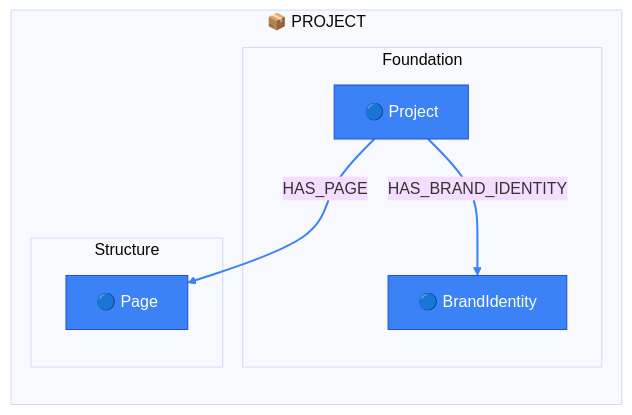
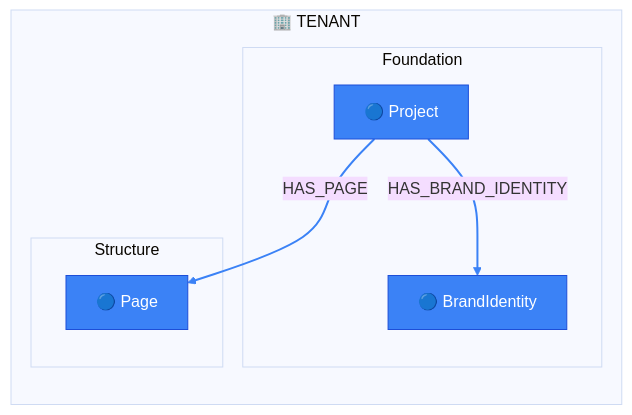
One commit to supernovae-st/novanet changed the diagram in packages/core/models/docs/project-overview.md. Above: the diagram before and after it, drawn with Mermaid (base theme). The commit also changed other lines of this file and 20 other files, not shown here.

````diff
--- a/packages/core/models/docs/project-overview.md
+++ b/packages/core/models/docs/project-overview.md
@@ -21,35 +21,35 @@
 ```mermaid
 flowchart TB
   %% View: Project Overview (project-overview)
   %% 3 nodes, 2 arcs
 
   %% Trait styling (node_trait)
   classDef invariant fill:#3b82f6,stroke:#1d4ed8,color:#fff
   classDef localized fill:#22c55e,stroke:#16a34a,color:#fff
   classDef knowledge fill:#8b5cf6,stroke:#7c3aed,color:#fff
   classDef derived fill:#9ca3af,stroke:#6b7280,color:#fff
   classDef job fill:#6b7280,stroke:#4b5563,color:#fff
 
-  subgraph PROJECT_REALM["📦 PROJECT"]
+  subgraph TENANT_REALM["🏢 TENANT"]
     direction TB
-    subgraph PROJECT_foundation["Foundation"]
+    subgraph TENANT_foundation["Foundation"]
       BrandIdentity["🔵 BrandIdentity"]
       Project["🔵 Project"]
     end
-    subgraph PROJECT_structure["Structure"]
+    subgraph TENANT_structure["Structure"]
       Page["🔵 Page"]
     end
   end
 
   %% Relationships (styled by arc family)
   Project -->|HAS_BRAND_IDENTITY| BrandIdentity
   Project -->|HAS_PAGE| Page
 
   %% Arc colors by family
   linkStyle 0,1 stroke:#3b82f6,stroke-width:2px
 
   %% Class assignments
   class BrandIdentity invariant
   class Page invariant
   class Project invariant
 ```
````
